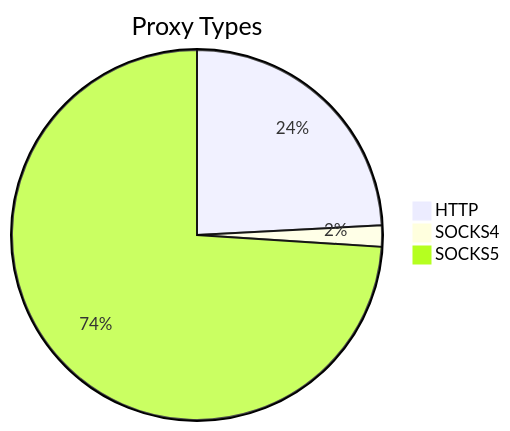
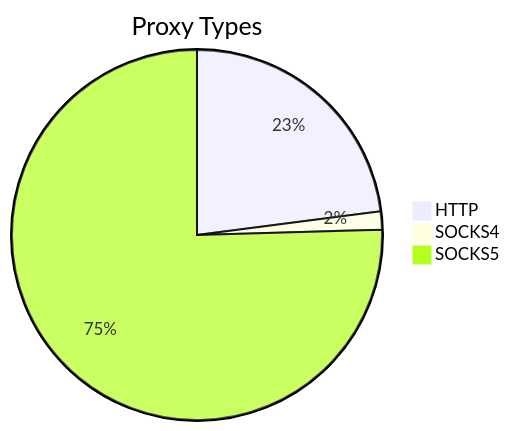
Before and after one commit to stormsia/proxy-list: the first of 2 diagrams in README.md, drawn with Mermaid. The commit also changed other lines of this file, not shown here.

````diff
--- a/README.md
+++ b/README.md
@@ -21,6 +21,6 @@
 ```mermaid
 pie title Proxy Types
-    "HTTP" : 65
-    "SOCKS4" : 5
-    "SOCKS5" : 199
+    "HTTP" : 101
+    "SOCKS4" : 7
+    "SOCKS5" : 332
 ```
````
